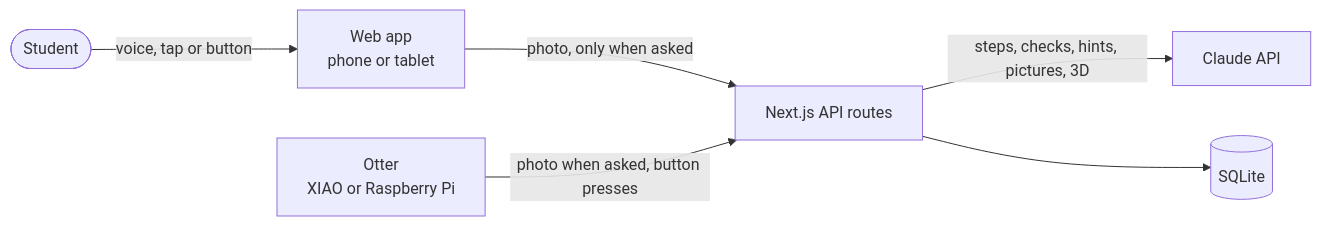
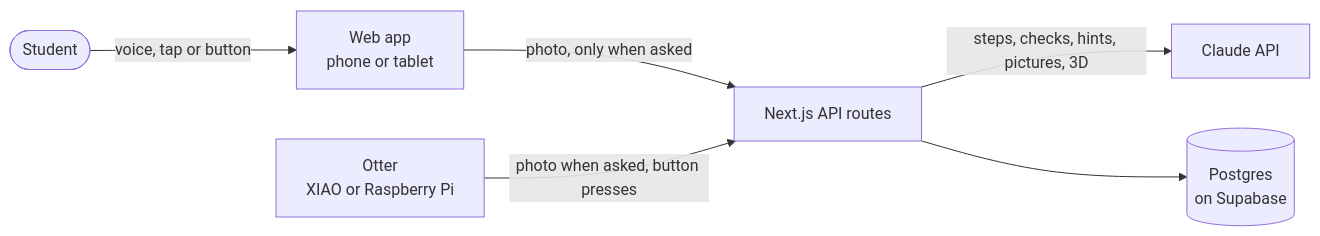
The diagram in README.md (SankrityaT/otto-app), drawn with Mermaid before and after one commit. The commit also changed other lines of this file and 48 other files, not shown here.

Commit message:
Move the database to Postgres on Supabase: async data layer, schema file with row-level security, setup script

````diff
--- a/README.md
+++ b/README.md
@@ -58,8 +58,8 @@
 ```mermaid
 flowchart LR
     student([Student]) -->|voice, tap or button| web[Web app<br/>phone or tablet]
     web -->|photo, only when asked| api[Next.js API routes]
     otter[Otter<br/>XIAO or Raspberry Pi] -->|photo when asked, button presses| api
     api -->|steps, checks, hints, pictures, 3D| claude[Claude API]
-    api --> db[(SQLite)]
+    api --> db[(Postgres<br/>on Supabase)]
 ```
````
